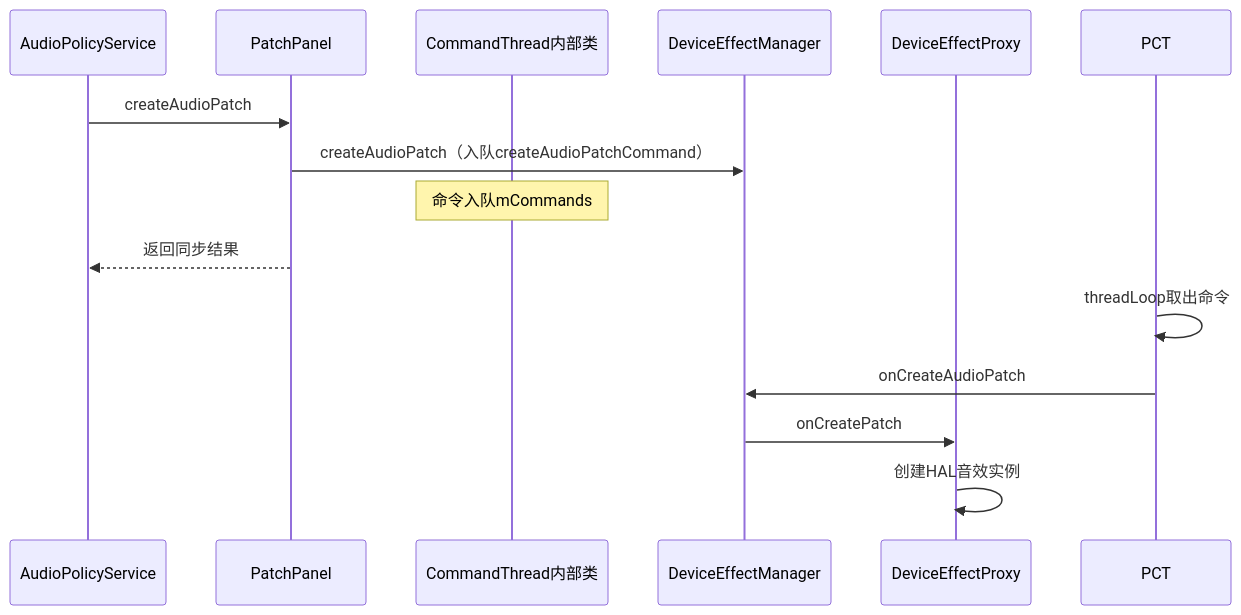
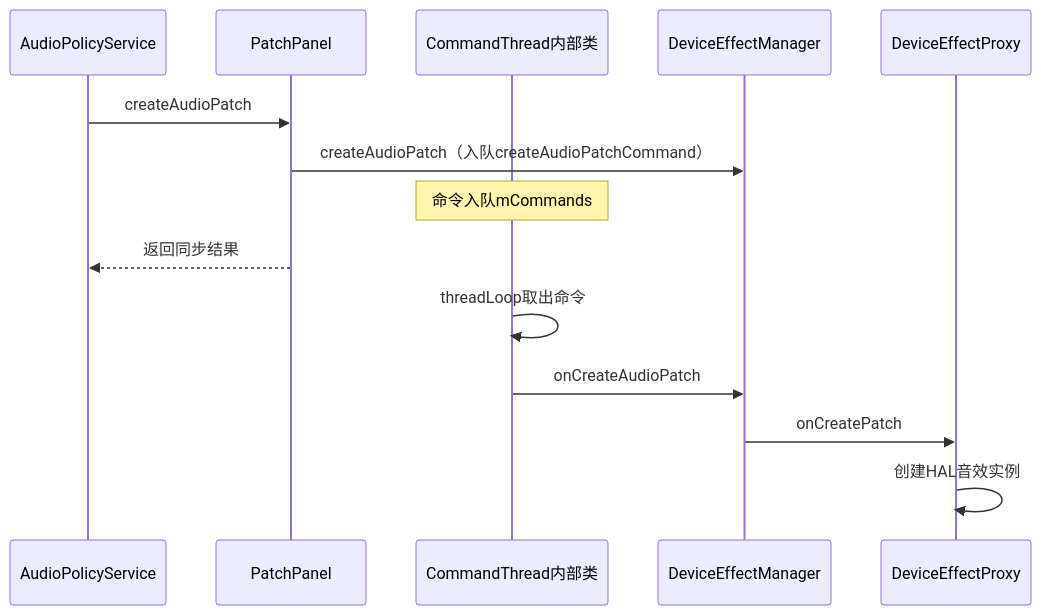
The third of 3 diagrams in 05_AudioFlinger/05_5.12_DeviceEffectManager-设备级音效管理.md (yanglinzhen1022/SA8295_AAOS_QNX_Audio_KnowledgeBase), drawn with Mermaid before and after one commit. The commit also changed other lines of this file and 5 other files, not shown here.

````diff
--- a/05_AudioFlinger/05_5.12_DeviceEffectManager-设备级音效管理.md
+++ b/05_AudioFlinger/05_5.12_DeviceEffectManager-设备级音效管理.md
@@ -223,17 +228,17 @@
 ```mermaid
 sequenceDiagram
     participant APS as AudioPolicyService
     participant PP as PatchPanel
     participant CT as CommandThread内部类
     participant DEM as DeviceEffectManager
     participant DEP as DeviceEffectProxy
 
     APS->>PP: createAudioPatch
     PP->>DEM: createAudioPatch（入队createAudioPatchCommand）
     Note over CT: 命令入队mCommands
     PP-->>APS: 返回同步结果
-    PCT->>PCT: threadLoop取出命令
-    PCT->>DEM: onCreateAudioPatch
+    CT->>CT: threadLoop取出命令
+    CT->>DEM: onCreateAudioPatch
     DEM->>DEP: onCreatePatch
     DEP->>DEP: 创建HAL音效实例
 ```
````
